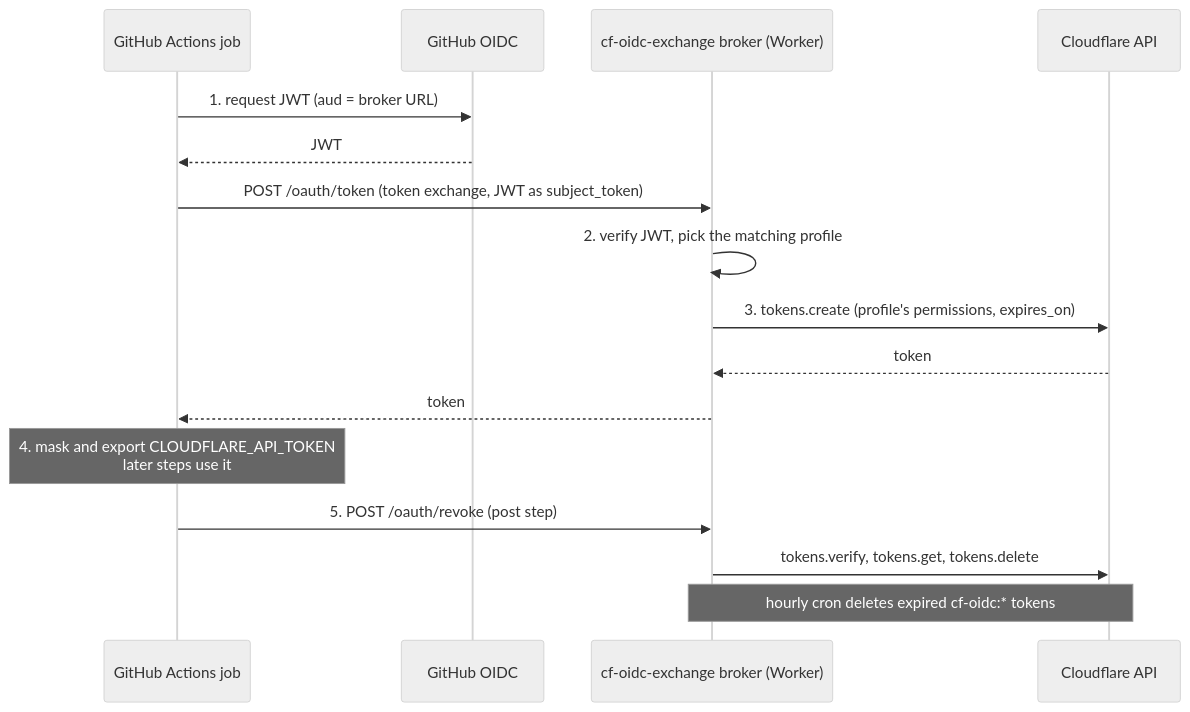
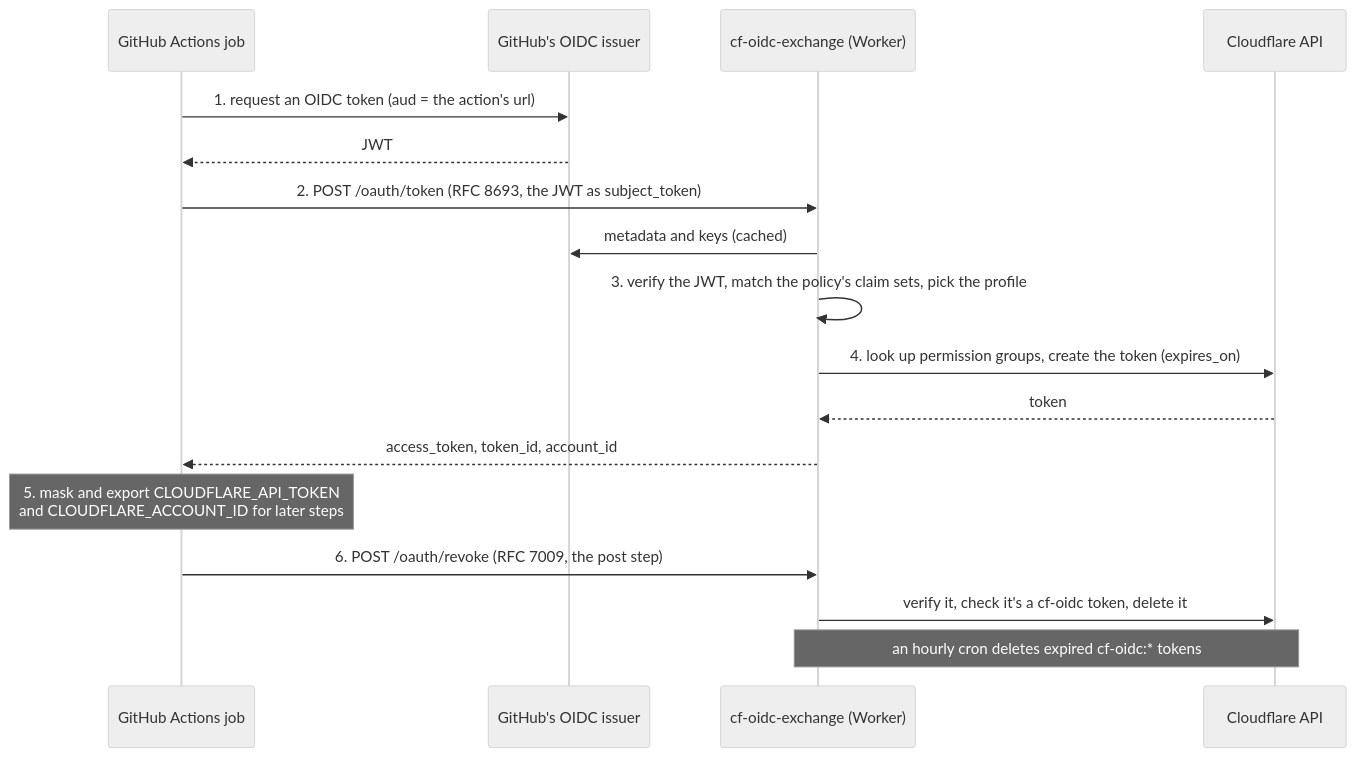
One commit to cf-contrib/cf-auth changed the diagram in README.md. Above: the diagram before and after it, drawn with Mermaid (neutral theme).

Commit message:
docs: the token flow as the broker runs it now
The action's url is the audience; the broker fetches the issuer's
metadata and keys, matches the policy's claim sets, looks up permission
groups before creating the token, answers with the token, its ID and the
account, and revokes only cf-oidc tokens.

````diff
--- a/README.md
+++ b/README.md
@@ -46,19 +46,20 @@
 ```mermaid
 sequenceDiagram
     participant Job as GitHub Actions job
-    participant OIDC as GitHub OIDC
-    participant Broker as cf-oidc-exchange broker (Worker)
+    participant OIDC as GitHub's OIDC issuer
+    participant Broker as cf-oidc-exchange (Worker)
     participant CF as Cloudflare API
 
-    Job->>OIDC: 1. request JWT (aud = broker URL)
+    Job->>OIDC: 1. request an OIDC token (aud = the action's url)
     OIDC-->>Job: JWT
-    Job->>Broker: POST /oauth/token (token exchange, JWT as subject_token)
-    Broker->>Broker: 2. verify JWT, pick the matching profile
-    Broker->>CF: 3. tokens.create (profile's permissions, expires_on)
+    Job->>Broker: 2. POST /oauth/token (RFC 8693, the JWT as subject_token)
+    Broker->>OIDC: metadata and keys (cached)
+    Broker->>Broker: 3. verify the JWT, match the policy's claim sets, pick the profile
+    Broker->>CF: 4. look up permission groups, create the token (expires_on)
     CF-->>Broker: token
-    Broker-->>Job: token
-    Note over Job: 4. mask and export CLOUDFLARE_API_TOKEN<br/>later steps use it
-    Job->>Broker: 5. POST /oauth/revoke (post step)
-    Broker->>CF: tokens.verify, tokens.get, tokens.delete
-    Note over Broker,CF: hourly cron deletes expired cf-oidc:* tokens
+    Broker-->>Job: access_token, token_id, account_id
+    Note over Job: 5. mask and export CLOUDFLARE_API_TOKEN<br/>and CLOUDFLARE_ACCOUNT_ID for later steps
+    Job->>Broker: 6. POST /oauth/revoke (RFC 7009, the post step)
+    Broker->>CF: verify it, check it's a cf-oidc token, delete it
+    Note over Broker,CF: an hourly cron deletes expired cf-oidc:* tokens
 ```
````
